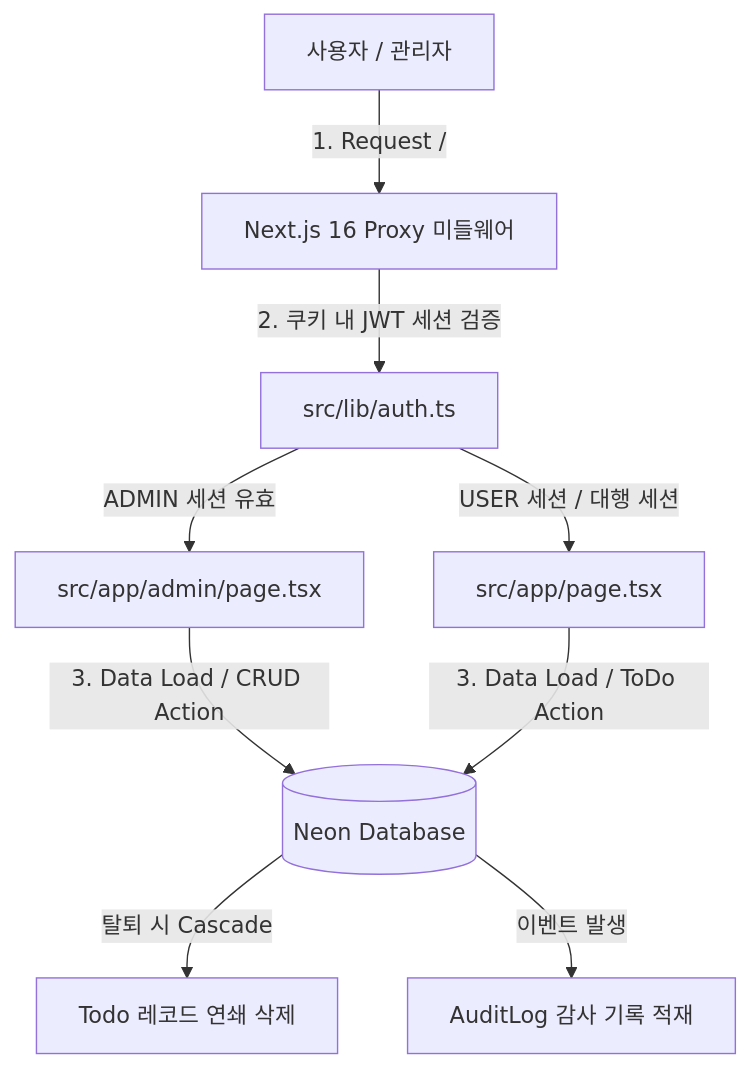
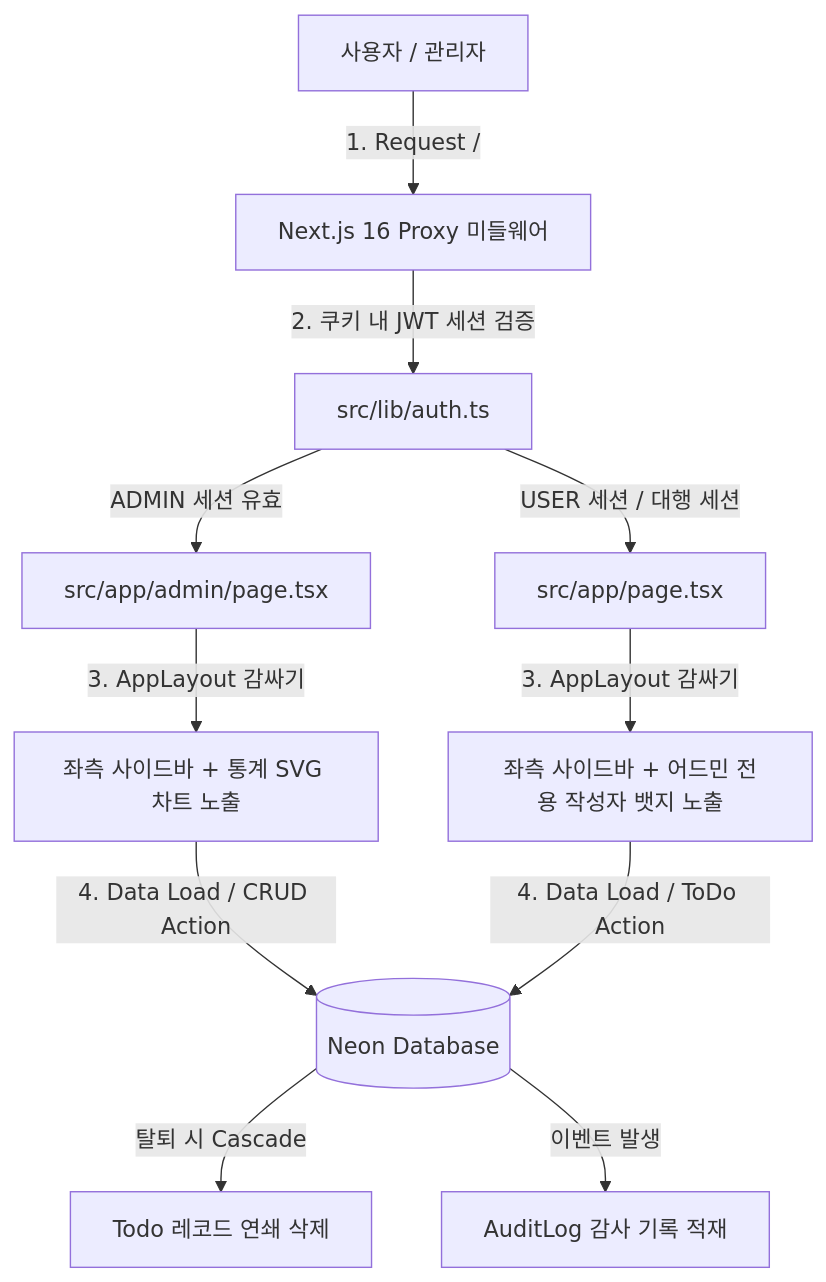
The diagram in admin_feature_report.md (malone186/To-Do), drawn with Mermaid before and after one commit. The commit also changed other lines of this file and 9 other files, not shown here.

Commit message:
feat: restructure layout to responsive sidebar, ease admin CRUD rules & mount SVG charts

````diff
--- a/admin_feature_report.md
+++ b/admin_feature_report.md
@@ -59,11 +67,13 @@
 ```mermaid
 graph TD
     User[사용자 / 관리자] -->|1. Request /| Proxy[Next.js 16 Proxy 미들웨어]
     Proxy -->|2. 쿠키 내 JWT 세션 검증| Auth[src/lib/auth.ts]
     Auth -->|ADMIN 세션 유효| AdminPage[src/app/admin/page.tsx]
     Auth -->|USER 세션 / 대행 세션| MainPage[src/app/page.tsx]
-    AdminPage -->|3. Data Load / CRUD Action| db[(Neon Database)]
-    MainPage -->|3. Data Load / ToDo Action| db
+    AdminPage -->|3. AppLayout 감싸기| AdminUI[좌측 사이드바 + 통계 SVG 차트 노출]
+    MainPage -->|3. AppLayout 감싸기| MainUI[좌측 사이드바 + 어드민 전용 작성자 뱃지 노출]
+    AdminUI -->|4. Data Load / CRUD Action| db[(Neon Database)]
+    MainUI -->|4. Data Load / ToDo Action| db
     db -->|탈퇴 시 Cascade| TodoTable[Todo 레코드 연쇄 삭제]
     db -->|이벤트 발생| AuditTable[AuditLog 감사 기록 적재]
 ```
````
